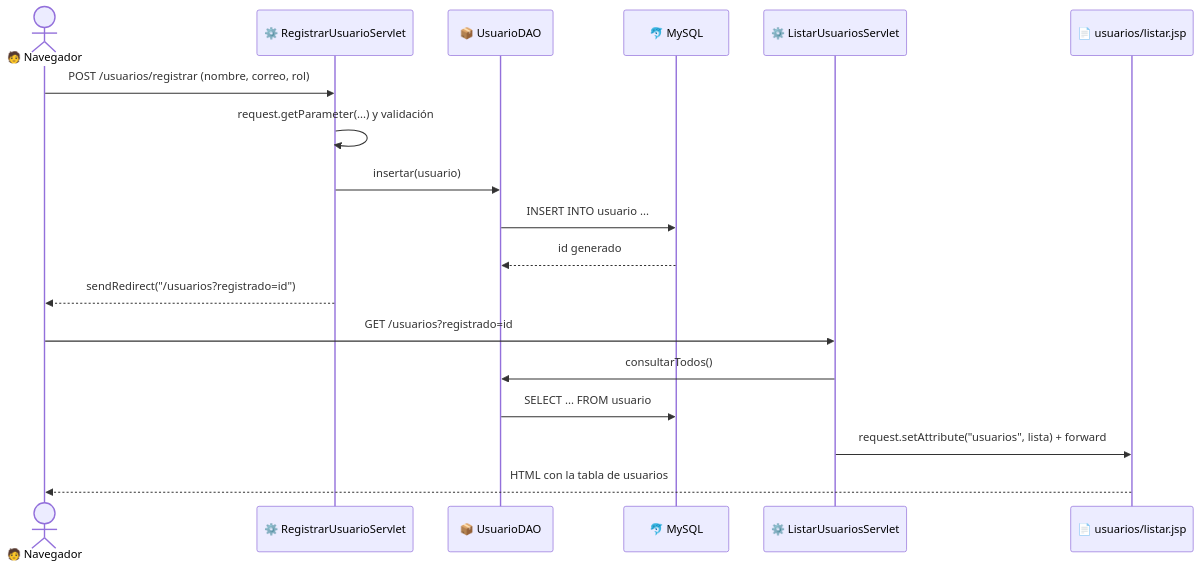
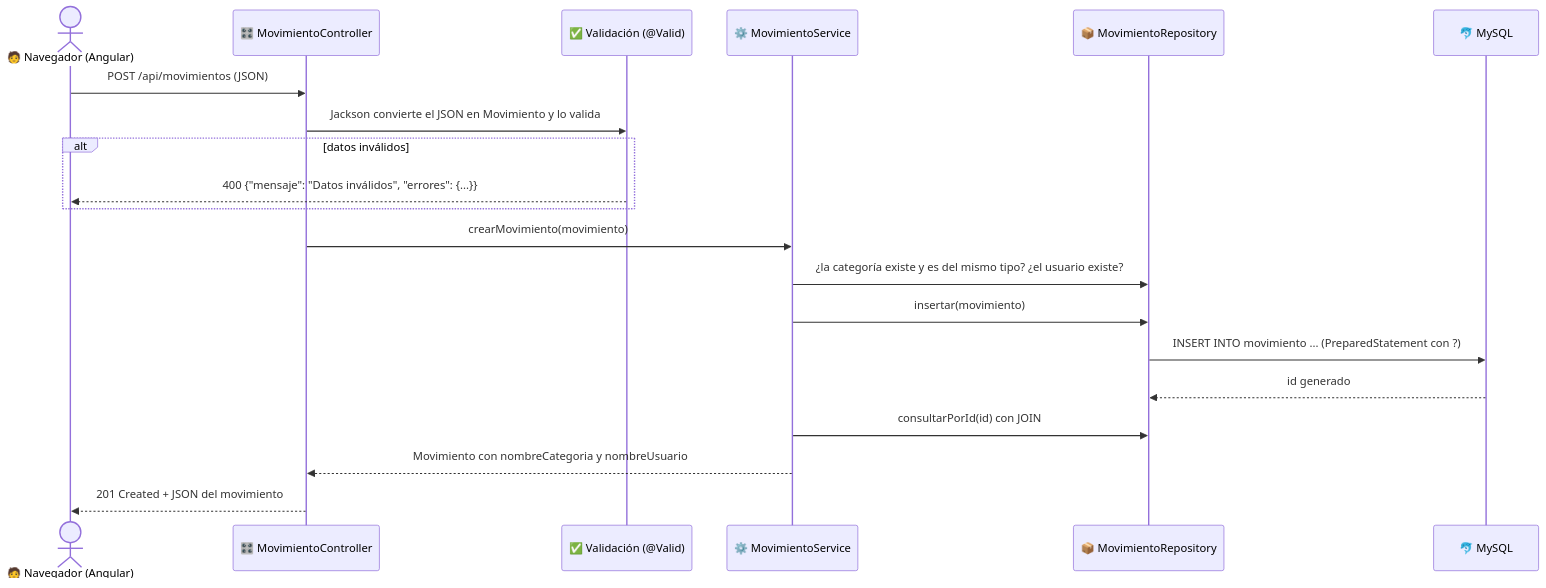
Before and after one commit to moralessaiz/FinanzaFamiliarBackend: the second of 4 diagrams in README.md, drawn with Mermaid. The commit also changed other lines of this file, not shown here.

First line of the commit message:
README de la API REST con Spring Boot

````diff
--- a/README.md
+++ b/README.md
@@ -381,21 +327,23 @@
 ```mermaid
 sequenceDiagram
-    actor U as 🧑 Navegador
-    participant S as ⚙️ RegistrarUsuarioServlet
-    participant D as 📦 UsuarioDAO
+    actor N as 🧑 Navegador (Angular)
+    participant C as 🎛️ MovimientoController
+    participant V as ✅ Validación (@Valid)
+    participant S as ⚙️ MovimientoService
+    participant R as 📦 MovimientoRepository
     participant B as 🐬 MySQL
-    participant L as ⚙️ ListarUsuariosServlet
-    participant J as 📄 usuarios/listar.jsp
 
-    U->>S: POST /usuarios/registrar (nombre, correo, rol)
-    S->>S: request.getParameter(...) y validación
-    S->>D: insertar(usuario)
-    D->>B: INSERT INTO usuario ...
-    B-->>D: id generado
-    S-->>U: sendRedirect("/usuarios?registrado=id")
-    U->>L: GET /usuarios?registrado=id
-    L->>D: consultarTodos()
-    D->>B: SELECT ... FROM usuario
-    L->>J: request.setAttribute("usuarios", lista) + forward
-    J-->>U: HTML con la tabla de usuarios
+    N->>C: POST /api/movimientos (JSON)
+    C->>V: Jackson convierte el JSON en Movimiento y lo valida
+    alt datos inválidos
+        V-->>N: 400 {"mensaje": "Datos inválidos", "errores": {...}}
+    end
+    C->>S: crearMovimiento(movimiento)
+    S->>R: ¿la categoría existe y es del mismo tipo? ¿el usuario existe?
+    S->>R: insertar(movimiento)
+    R->>B: INSERT INTO movimiento ... (PreparedStatement con ?)
+    B-->>R: id generado
+    S->>R: consultarPorId(id) con JOIN
+    S-->>C: Movimiento con nombreCategoria y nombreUsuario
+    C-->>N: 201 Created + JSON del movimiento
 ```
````
